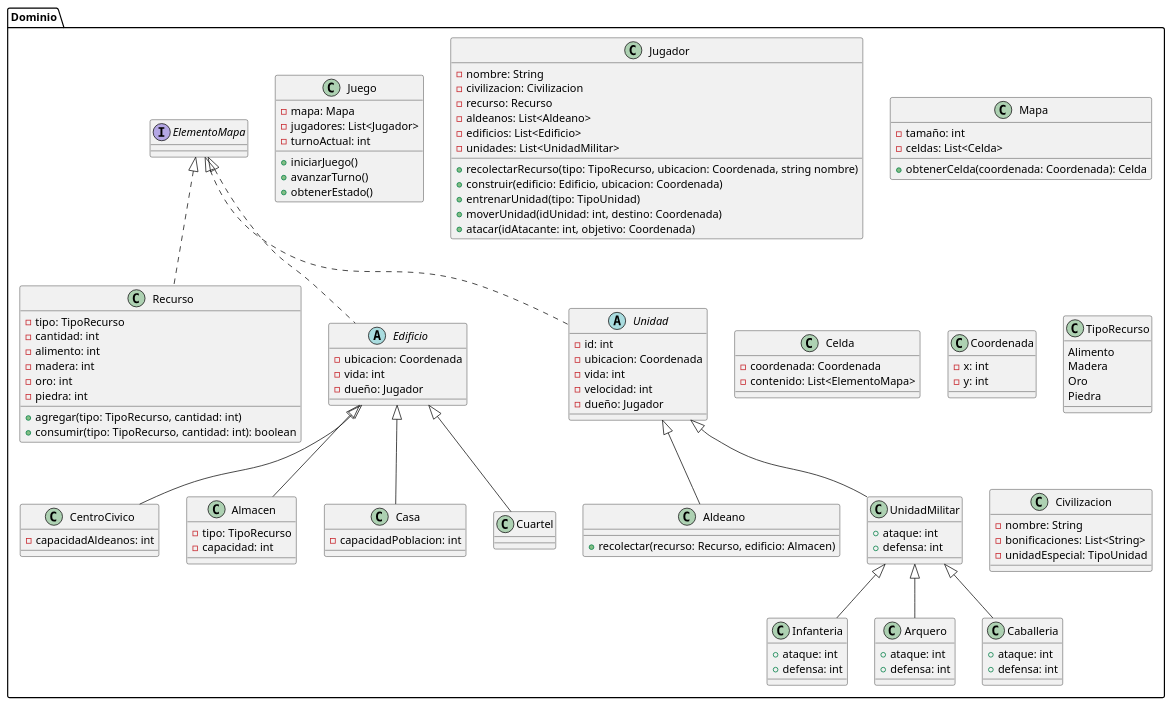
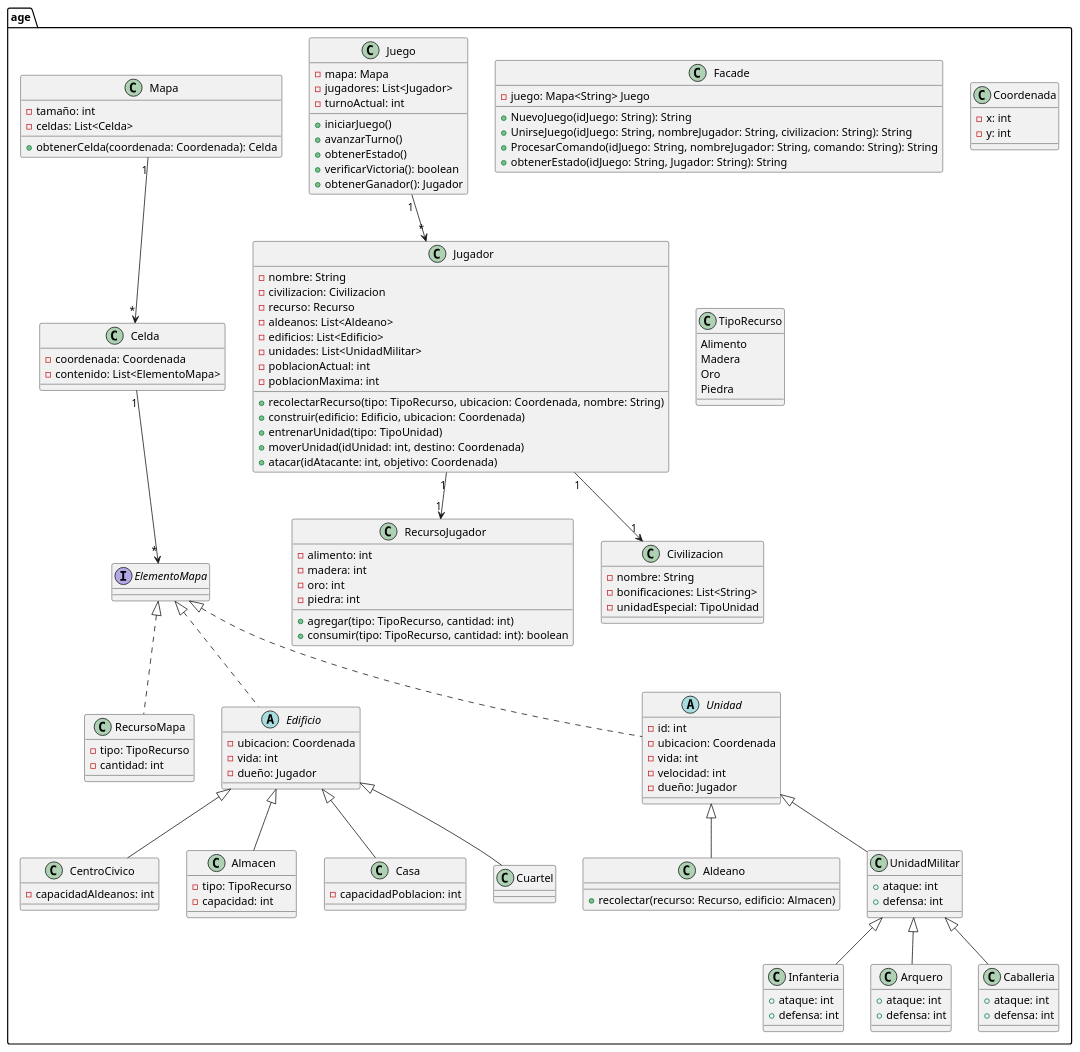
The diagram in src/scratch.puml (mcaetano7/proyectop22025), drawn with PlantUML before and after one commit.

Commit message:
uml final completo no tocar mas

```diff
--- a/src/scratch.puml
+++ b/src/scratch.puml
@@ -1,132 +1,150 @@
 @startuml PIIProyecto2025
 
-' Paquete principal
-package "Dominio" {
+
+package "age" {
+
+    class Facade {
+    - juego: Mapa<String> Juego
+    + NuevoJuego(idJuego: String): String
+    + UnirseJuego(idJuego: String, nombreJugador: String, civilizacion: String): String
+    + ProcesarComando(idJuego: String, nombreJugador: String, comando: String): String
+    + obtenerEstado(idJuego: String, Jugador: String): String
+    }
     
     class Juego {
         - mapa: Mapa
         - jugadores: List<Jugador>
         - turnoActual: int
         + iniciarJuego()
         + avanzarTurno()
         + obtenerEstado()
+        + verificarVictoria(): boolean
+        + obtenerGanador(): Jugador
     }
 
     class Jugador {
         - nombre: String
         - civilizacion: Civilizacion
         - recurso: Recurso
         - aldeanos: List<Aldeano>
         - edificios: List<Edificio>
         - unidades: List<UnidadMilitar>
-        + recolectarRecurso(tipo: TipoRecurso, ubicacion: Coordenada, string nombre)
+        - poblacionActual: int
+        - poblacionMaxima: int
+        + recolectarRecurso(tipo: TipoRecurso, ubicacion: Coordenada, nombre: String)
         + construir(edificio: Edificio, ubicacion: Coordenada)
         + entrenarUnidad(tipo: TipoUnidad)
         + moverUnidad(idUnidad: int, destino: Coordenada)
         + atacar(idAtacante: int, objetivo: Coordenada)
     }
 
     class Mapa {
         - tamaño: int
         - celdas: List<Celda>
         + obtenerCelda(coordenada: Coordenada): Celda
     }
 
     class Celda {
         - coordenada: Coordenada
         - contenido: List<ElementoMapa>
     }
 
     class Coordenada {
         - x: int
         - y: int
     }
 
     interface ElementoMapa {
     }
 
-    class Recurso implements ElementoMapa {
+    class RecursoMapa implements ElementoMapa {
         - tipo: TipoRecurso
         - cantidad: int
     }
 
     class TipoRecurso {
         Alimento
         Madera
         Oro
         Piedra
     }
 
-    class Recurso {
+    class RecursoJugador {
         - alimento: int
         - madera: int
         - oro: int
         - piedra: int
         + agregar(tipo: TipoRecurso, cantidad: int)
         + consumir(tipo: TipoRecurso, cantidad: int): boolean
     }
 
     class Civilizacion {
         - nombre: String
         - bonificaciones: List<String>
         - unidadEspecial: TipoUnidad
     }
 
     abstract class Edificio implements ElementoMapa {
         - ubicacion: Coordenada
         - vida: int
         - dueño: Jugador
     }
 
     class CentroCivico extends Edificio {
         - capacidadAldeanos: int
     }
 
     class Almacen extends Edificio {
         - tipo: TipoRecurso
         - capacidad: int
     }
 
     class Casa extends Edificio {
         - capacidadPoblacion: int
     }
 
     class Cuartel extends Edificio {
     }
 
     abstract class Unidad implements ElementoMapa {
         - id: int
         - ubicacion: Coordenada
         - vida: int
         - velocidad: int
         - dueño: Jugador
     }
 
     class Aldeano extends Unidad {
         + recolectar(recurso: Recurso, edificio: Almacen)
     }
 
     class UnidadMilitar extends Unidad {
         + ataque: int
         + defensa: int
     }
 
     class Infanteria extends UnidadMilitar {
         + ataque: int 
         + defensa: int
     
     }
 
     class Arquero extends UnidadMilitar {
         + ataque: int 
         + defensa: int 
     }
 
     class Caballeria extends UnidadMilitar {
         + ataque: int 
         + defensa: int 
     }
+    
+    Juego "1" --> "*" Jugador
+    Jugador "1" --> "1" Civilizacion
+    Jugador "1" --> "1" RecursoJugador
+    Mapa "1" --> "*" Celda
+    Celda "1" --> "*" ElementoMapa
 
 }
 
 @enduml
```
